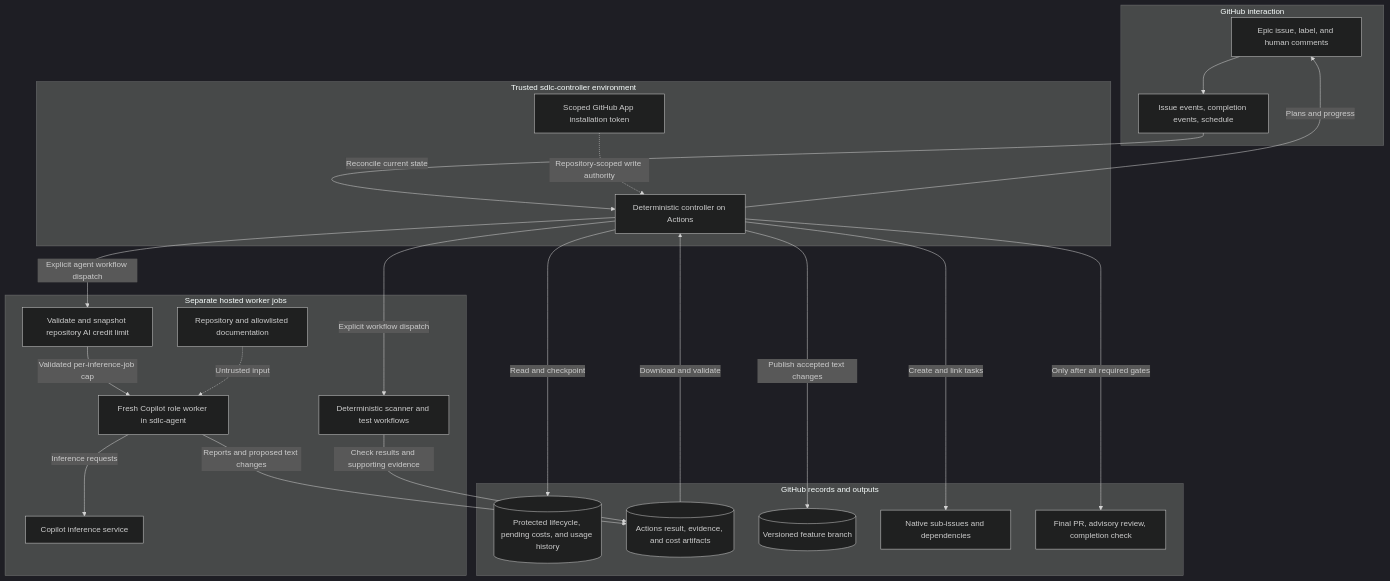
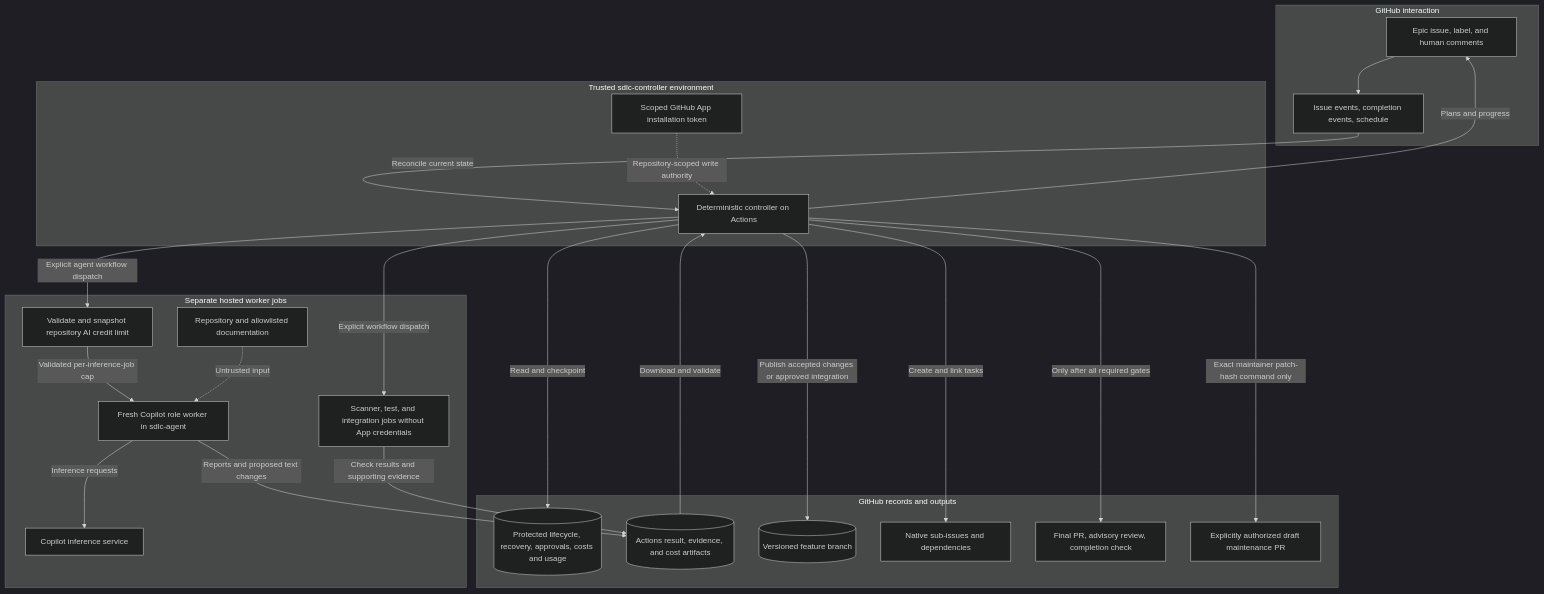
One commit to dav1dc-github-cs-org/agentic-sdlc-prototype changed the first of 7 diagrams in docs/architecture.md. Above: the diagram before and after it, drawn with Mermaid (dark theme). The commit also changed other lines of this file and 29 other files, not shown here.

````diff
--- a/docs/architecture.md
+++ b/docs/architecture.md
@@ -34,41 +34,43 @@
 ```mermaid
 flowchart TD
     subgraph ArchInterface["GitHub interaction"]
         ArchIssue["Epic issue, label, and human comments"]
         ArchEvents["Issue events, completion events, schedule"]
     end
     subgraph ArchControl["Trusted sdlc-controller environment"]
         ArchApp["Scoped GitHub App installation token"]
         ArchController["Deterministic controller on Actions"]
     end
     subgraph ArchExecution["Separate hosted worker jobs"]
       ArchBudget["Validate and snapshot repository AI credit limit"]
         ArchAgent["Fresh Copilot role worker in sdlc-agent"]
-        ArchChecks["Deterministic scanner and test workflows"]
+        ArchChecks["Scanner, test, and integration jobs without App credentials"]
         ArchInference["Copilot inference service"]
         ArchContext["Repository and allowlisted documentation"]
     end
     subgraph ArchRecords["GitHub records and outputs"]
-        ArchState[("Protected lifecycle, pending costs, and usage history")]
+        ArchState[("Protected lifecycle, recovery, approvals, costs and usage")]
         ArchArtifacts[("Actions result, evidence, and cost artifacts")]
         ArchBranch[("Versioned feature branch")]
         ArchTasks["Native sub-issues and dependencies"]
         ArchPR["Final PR, advisory review, completion check"]
+        ArchMaintenance["Explicitly authorized draft maintenance PR"]
     end
     ArchIssue --> ArchEvents
     ArchEvents -->|"Reconcile current state"| ArchController
     ArchApp -.->|"Repository-scoped write authority"| ArchController
     ArchController -->|"Read and checkpoint"| ArchState
     ArchController -->|"Create and link tasks"| ArchTasks
     ArchController -->|"Explicit agent workflow dispatch"| ArchBudget
     ArchBudget -->|"Validated per-inference-job cap"| ArchAgent
     ArchController -->|"Explicit workflow dispatch"| ArchChecks
     ArchAgent -->|"Inference requests"| ArchInference
     ArchContext -.->|"Untrusted input"| ArchAgent
     ArchAgent -->|"Reports and proposed text changes"| ArchArtifacts
     ArchChecks -->|"Check results and supporting evidence"| ArchArtifacts
     ArchArtifacts -->|"Download and validate"| ArchController
-    ArchController -->|"Publish accepted text changes"| ArchBranch
+    ArchController -->|"Publish accepted changes or approved integration"| ArchBranch
     ArchController -->|"Only after all required gates"| ArchPR
+    ArchController -->|"Exact maintainer patch-hash command only"| ArchMaintenance
     ArchController -->|"Plans and progress"| ArchIssue
 ```
````
